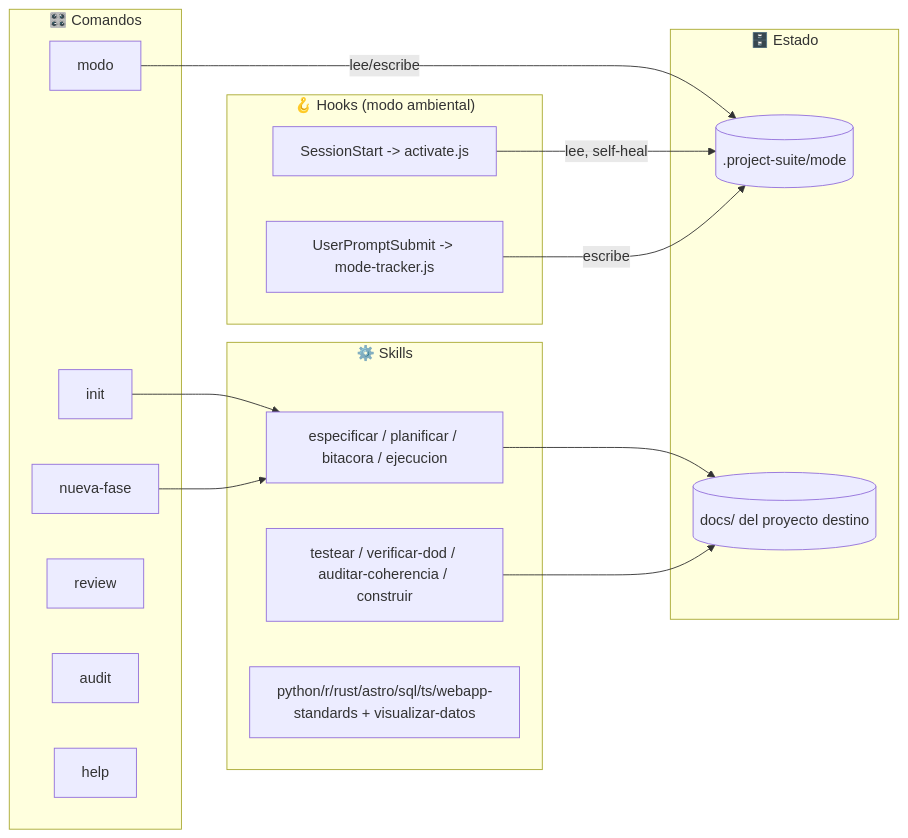
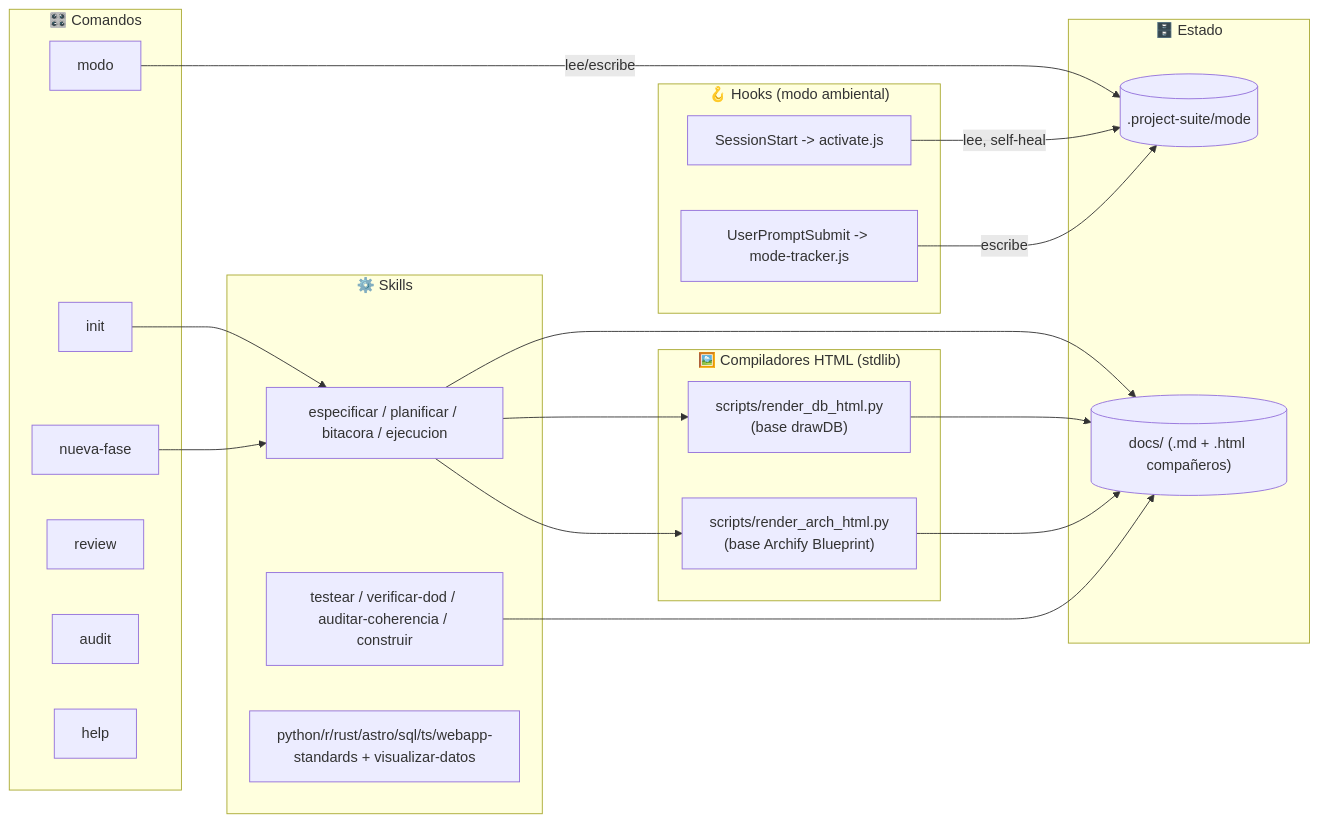
One commit to AlexPrietoRomani/project-suite changed the first of 2 diagrams in docs/description_proyecto.md. Above: the diagram before and after it, drawn with Mermaid. The commit also changed other lines of this file and 16 other files, not shown here.

````diff
--- a/docs/description_proyecto.md
+++ b/docs/description_proyecto.md
@@ -18,34 +18,41 @@
 ```mermaid
 flowchart LR
     subgraph CMD["🎛️ Comandos"]
         INIT["init"]
         NF["nueva-fase"]
         MODO["modo"]
         REVIEW["review"]
         AUDIT["audit"]
         HELP["help"]
     end
 
     subgraph SKILLS["⚙️ Skills"]
         DOC["especificar / planificar / bitacora / ejecucion"]
         LOOP["testear / verificar-dod / auditar-coherencia / construir"]
         STD["python/r/rust/astro/sql/ts/webapp-standards + visualizar-datos"]
     end
 
+    subgraph RENDER["🖼️ Compiladores HTML (stdlib)"]
+        RDB["scripts/render_db_html.py\n(base drawDB)"]
+        RARCH["scripts/render_arch_html.py\n(base Archify Blueprint)"]
+    end
+
     subgraph HOOKS["🪝 Hooks (modo ambiental)"]
         SS["SessionStart -> activate.js"]
         UPS["UserPromptSubmit -> mode-tracker.js"]
     end
 
     subgraph STATE["🗄️ Estado"]
         MODE[(".project-suite/mode")]
-        DOCS[("docs/ del proyecto destino")]
+        DOCS[("docs/ (.md + .html compañeros)")]
     end
 
     INIT --> DOC --> DOCS
+    DOC --> RDB --> DOCS
+    DOC --> RARCH --> DOCS
     NF --> DOC
     LOOP --> DOCS
     MODO -->|"lee/escribe"| MODE
     SS -->|"lee, self-heal"| MODE
     UPS -->|"escribe"| MODE
 ```
````
